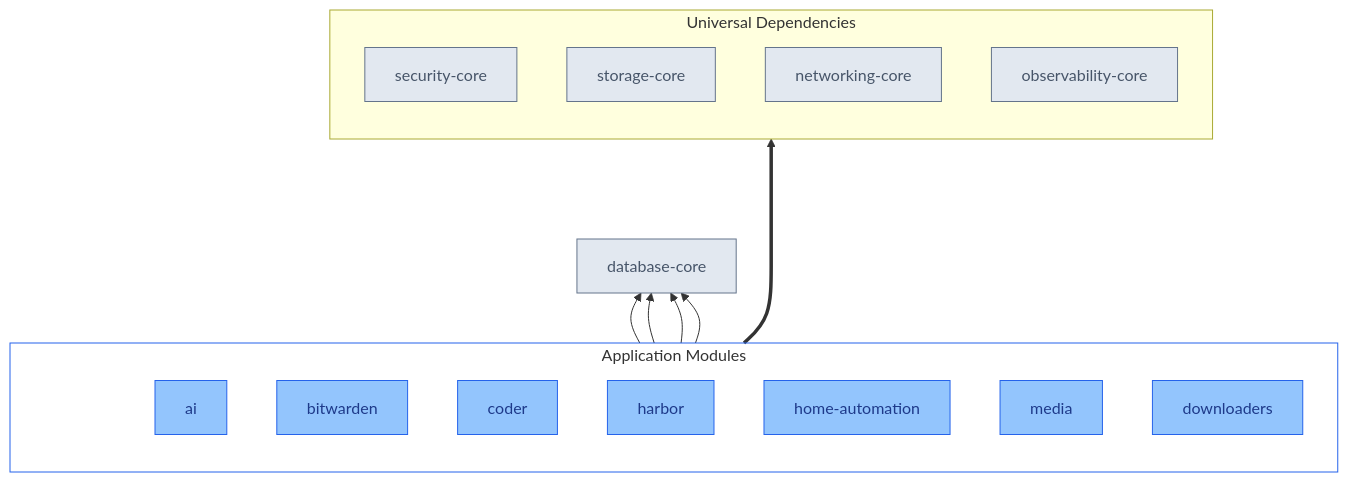
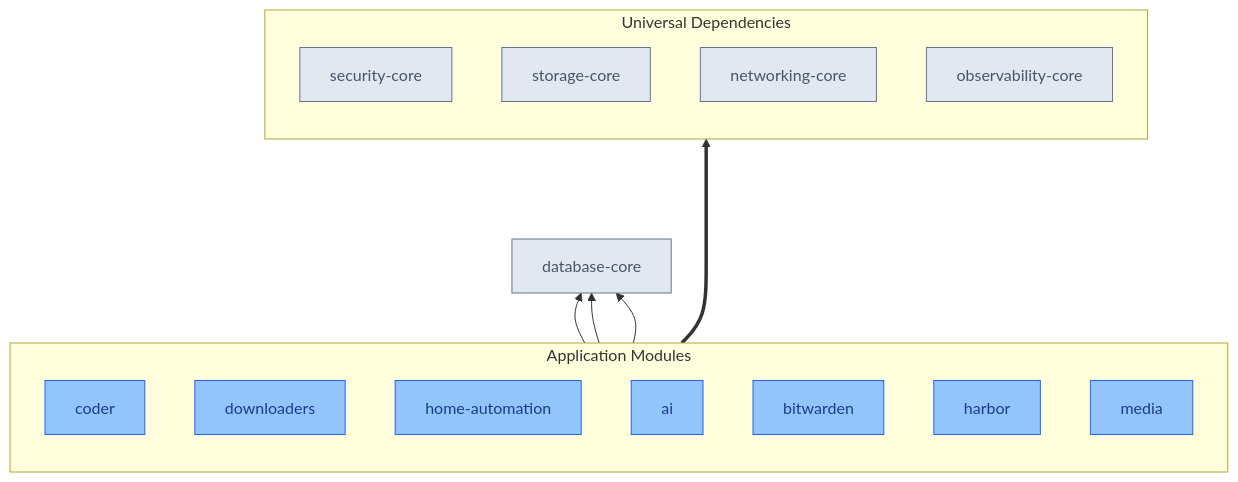
The diagram in apps/README.md (ppat/homelab-ops-kubernetes-apps), drawn with Mermaid before and after one commit. The commit also changed 3 other files, not shown here.

````diff
--- a/apps/README.md
+++ b/apps/README.md
@@ -20,45 +20,43 @@
 ```mermaid
 flowchart BT
     %% Color scheme - infrastructure less prominent than apps
     classDef infra fill:#e2e8f0,stroke:#64748b,color:#475569
     classDef apps fill:#93c5fd,stroke:#2563eb,color:#1e3a8a
     classDef universal fill:none,stroke:#64748b
     classDef appbox fill:none,stroke:#2563eb
     classDef invisible fill:none,stroke:none
 
     %% Universal Infrastructure Layer
     subgraph UniversalDeps["Universal Dependencies"]
         direction TB
         security[security-core]:::infra
         storage[storage-core]:::infra
         networking[networking-core]:::infra
         observability[observability-core]:::infra
     end
     class UniversalDeps universal
 
     %% Database (specific dependency)
     database[database-core]:::infra
 
     %% Apps Layer with visible border
     subgraph Apps["Application Modules"]
         direction TB
-        apps_connection[ ]:::invisible
+        coder[coder]:::apps
+        downloaders[downloaders]:::apps
+        home-automation[home-automation]:::apps
         ai[ai]:::apps
         bitwarden[bitwarden]:::apps
-        coder[coder]:::apps
         harbor[harbor]:::apps
-        home-automation[home-automation]:::apps
         media[media]:::apps
-        downloaders[downloaders]:::apps
     end
     class Apps appbox
 
     %% Universal Dependencies (every app) with thicker arrow from connection point
-    apps_connection ====> UniversalDeps
+    Apps ====> UniversalDeps
 
     %% Specific Database Dependencies
     coder --> database
     downloaders --> database
-    harbor --> database
     home-automation --> database
 ```
````
